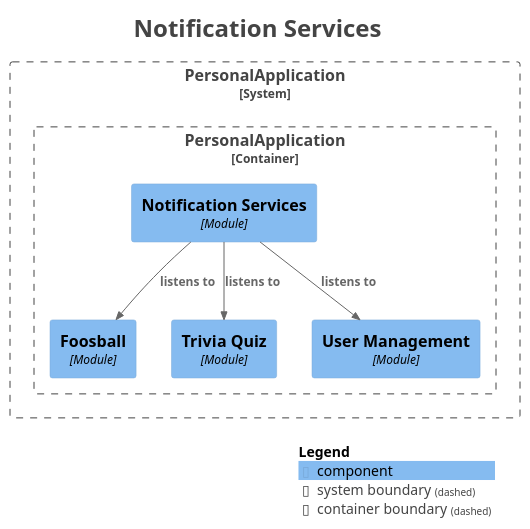
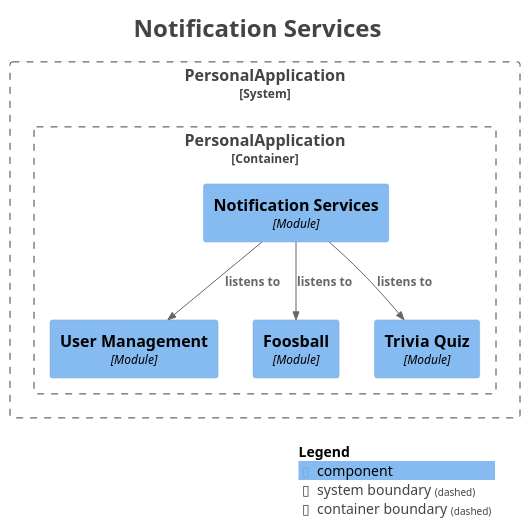
One commit to SnapPetal/PersonalWeb changed the diagram in docs/modulith/module-notification.puml. Above: the diagram before and after it, drawn with PlantUML. The commit also changed other lines of this file and 45 other files, not shown here.

```diff
--- a/docs/modulith/module-notification.puml
+++ b/docs/modulith/module-notification.puml
@@ -1,34 +1,34 @@
 @startuml
 title <size:24>Notification Services</size>
 
 set separator none
 top to bottom direction
 
 <style>
   root {
     BackgroundColor: #ffffff
     FontColor: #444444
   }
 </style>
 
 !include <C4/C4>
 !include <C4/C4_Context>
 !include <C4/C4_Component>
 
 System_Boundary("PersonalApplication_boundary", "PersonalApplication", $tags="") {
   Container_Boundary("PersonalApplication.PersonalApplication_boundary", "PersonalApplication", $tags="") {
+    Component(PersonalApplication.PersonalApplication.UserManagement, "User Management", $techn="Module", $descr="", $tags="", $link="")
     Component(PersonalApplication.PersonalApplication.NotificationServices, "Notification Services", $techn="Module", $descr="", $tags="", $link="")
     Component(PersonalApplication.PersonalApplication.Foosball, "Foosball", $techn="Module", $descr="", $tags="", $link="")
     Component(PersonalApplication.PersonalApplication.TriviaQuiz, "Trivia Quiz", $techn="Module", $descr="", $tags="", $link="")
-    Component(PersonalApplication.PersonalApplication.UserManagement, "User Management", $techn="Module", $descr="", $tags="", $link="")
   }
 
 }
 
+Rel(PersonalApplication.PersonalApplication.NotificationServices, PersonalApplication.PersonalApplication.TriviaQuiz, "listens to", $techn="", $tags="", $link="")
 Rel(PersonalApplication.PersonalApplication.NotificationServices, PersonalApplication.PersonalApplication.Foosball, "listens to", $techn="", $tags="", $link="")
 Rel(PersonalApplication.PersonalApplication.NotificationServices, PersonalApplication.PersonalApplication.UserManagement, "listens to", $techn="", $tags="", $link="")
-Rel(PersonalApplication.PersonalApplication.NotificationServices, PersonalApplication.PersonalApplication.TriviaQuiz, "listens to", $techn="", $tags="", $link="")
 
 SHOW_LEGEND(true)
 hide stereotypes
 @enduml
```
